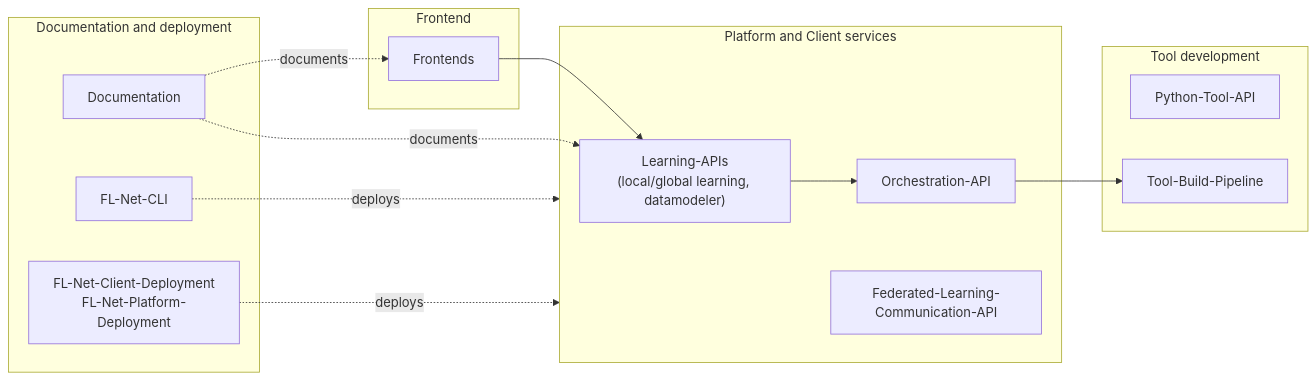
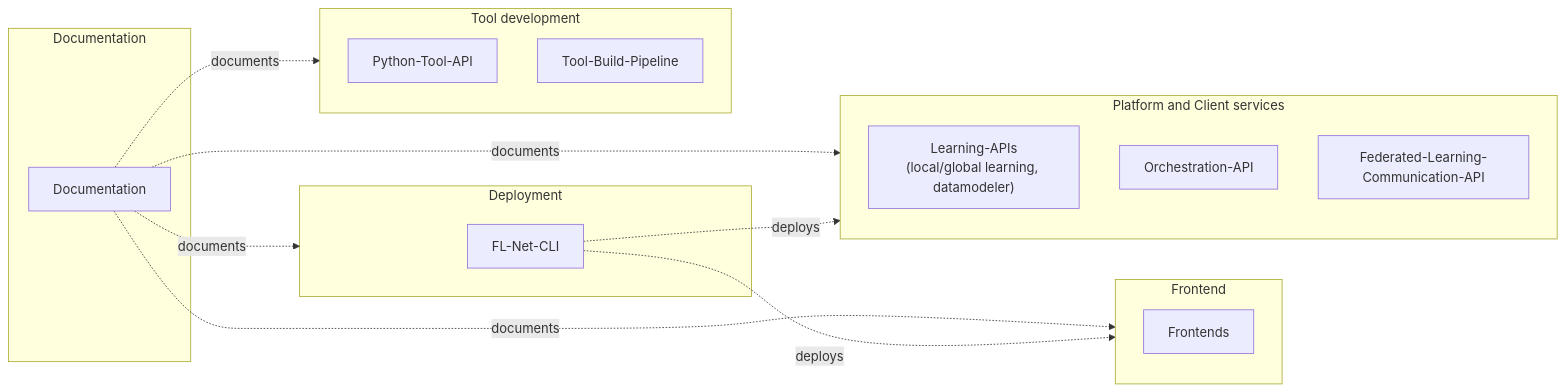
Before and after one commit to FedLearnNet/Documentation: the diagram in docs/contribution-guide/repository-map.md, drawn with Mermaid. The commit also changed other lines of this file and 5 other files, not shown here.

````diff
--- a/docs/contribution-guide/repository-map.md
+++ b/docs/contribution-guide/repository-map.md
@@ -25,31 +26,32 @@
 ```mermaid
 flowchart LR
-  subgraph DocsDeploy["Documentation and deployment"]
+  subgraph Docs["Documentation"]
     DOCS["Documentation"]
+  end
+
+  subgraph Deploy["Deployment"]
     CLI["FL-Net-CLI"]
-    DEPLOY["FL-Net-Client-Deployment\nFL-Net-Platform-Deployment"]
   end
 
   subgraph Frontend["Frontend"]
     FE["Frontends"]
   end
 
   subgraph Services["Platform and Client services"]
     LEARN["Learning-APIs\n(local/global learning, datamodeler)"]
     ORCH["Orchestration-API"]
     COMM["Federated-Learning-Communication-API"]
   end
 
   subgraph Tooling["Tool development"]
     PYAPI["Python-Tool-API"]
     PIPE["Tool-Build-Pipeline"]
   end
 
-  FE --> LEARN
-  LEARN --> ORCH
-  ORCH --> PIPE
-  DOCS -.documents.-> FE
-  DOCS -.documents.-> LEARN
+  DOCS -.documents.-> Deploy
+  DOCS -.documents.-> Frontend
+  DOCS -.documents.-> Services
+  DOCS -.documents.-> Tooling
   CLI -.deploys.-> Services
-  DEPLOY -.deploys.-> Services
+  CLI -.deploys.-> Frontend
 ```
````
